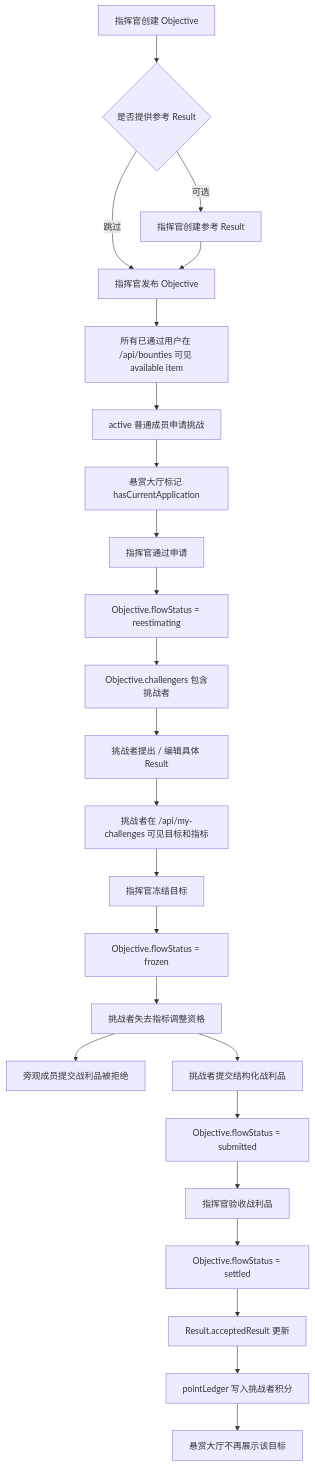
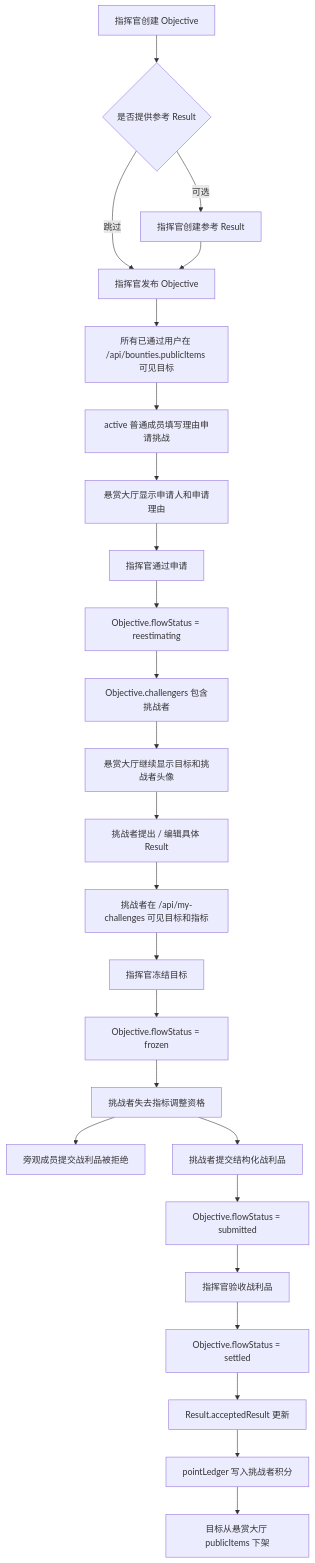
One commit to xueyu888/ORF changed the first of 2 diagrams in docs/backend/ORF 后端流程测试.md. Above: the diagram before and after it, drawn with Mermaid. The commit also changed other lines of this file and 35 other files, not shown here.

Commit message:
feat: refine bounty hall participation flow

````diff
--- a/docs/backend/ORF 后端流程测试.md
+++ b/docs/backend/ORF 后端流程测试.md
@@ -76,26 +76,27 @@
 ```mermaid
 flowchart TD
   A[指挥官创建 Objective] --> B{是否提供参考 Result}
   B -->|可选| C[指挥官创建参考 Result]
   B -->|跳过| D[指挥官发布 Objective]
   C --> D
-  D --> E[所有已通过用户在 /api/bounties 可见 available item]
-  E --> F[active 普通成员申请挑战]
-  F --> G[悬赏大厅标记 hasCurrentApplication]
+  D --> E[所有已通过用户在 /api/bounties.publicItems 可见目标]
+  E --> F[active 普通成员填写理由申请挑战]
+  F --> G[悬赏大厅显示申请人和申请理由]
   G --> H[指挥官通过申请]
   H --> I[Objective.flowStatus = reestimating]
   I --> J[Objective.challengers 包含挑战者]
-  J --> K[挑战者提出 / 编辑具体 Result]
-  K --> L[挑战者在 /api/my-challenges 可见目标和指标]
-  L --> M[指挥官冻结目标]
-  M --> N[Objective.flowStatus = frozen]
-  N --> O[挑战者失去指标调整资格]
-  O --> P[旁观成员提交战利品被拒绝]
-  O --> Q[挑战者提交结构化战利品]
-  Q --> R[Objective.flowStatus = submitted]
-  R --> S[指挥官验收战利品]
-  S --> T[Objective.flowStatus = settled]
-  T --> U[Result.acceptedResult 更新]
-  U --> V[pointLedger 写入挑战者积分]
-  V --> W[悬赏大厅不再展示该目标]
+  J --> K[悬赏大厅继续显示目标和挑战者头像]
+  K --> L[挑战者提出 / 编辑具体 Result]
+  L --> M[挑战者在 /api/my-challenges 可见目标和指标]
+  M --> N[指挥官冻结目标]
+  N --> O[Objective.flowStatus = frozen]
+  O --> P[挑战者失去指标调整资格]
+  P --> Q[旁观成员提交战利品被拒绝]
+  P --> R[挑战者提交结构化战利品]
+  R --> S[Objective.flowStatus = submitted]
+  S --> T[指挥官验收战利品]
+  T --> U[Objective.flowStatus = settled]
+  U --> V[Result.acceptedResult 更新]
+  V --> W[pointLedger 写入挑战者积分]
+  W --> X[目标从悬赏大厅 publicItems 下架]
 ```
````
